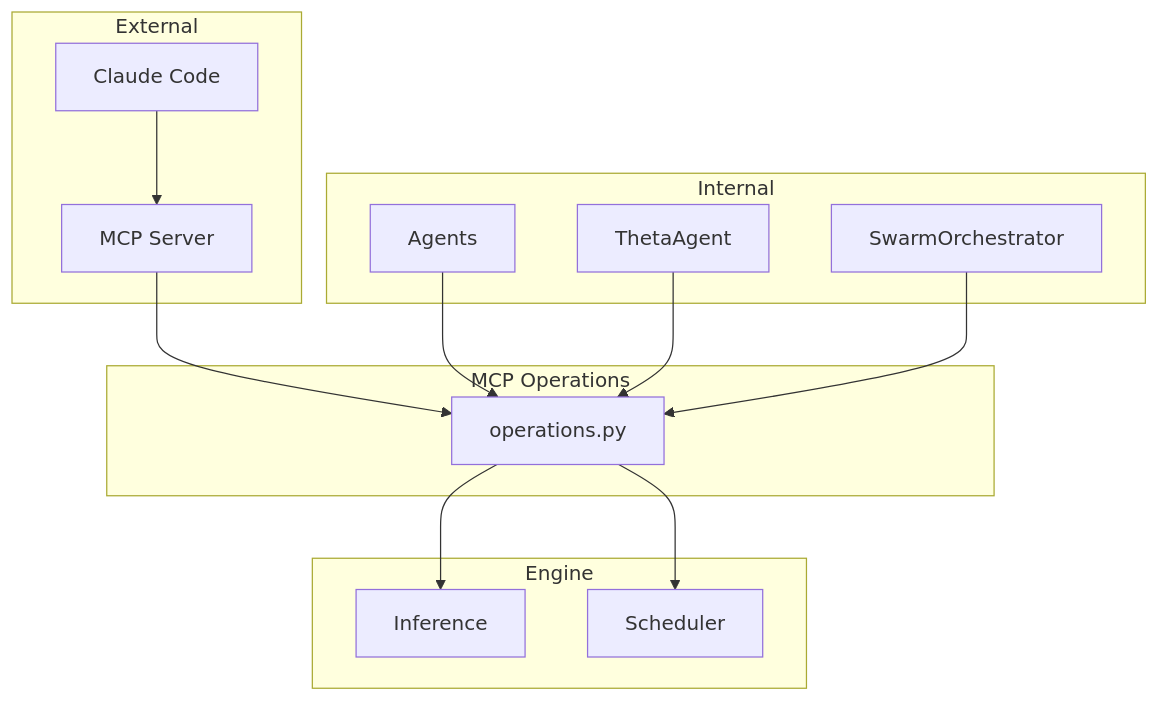
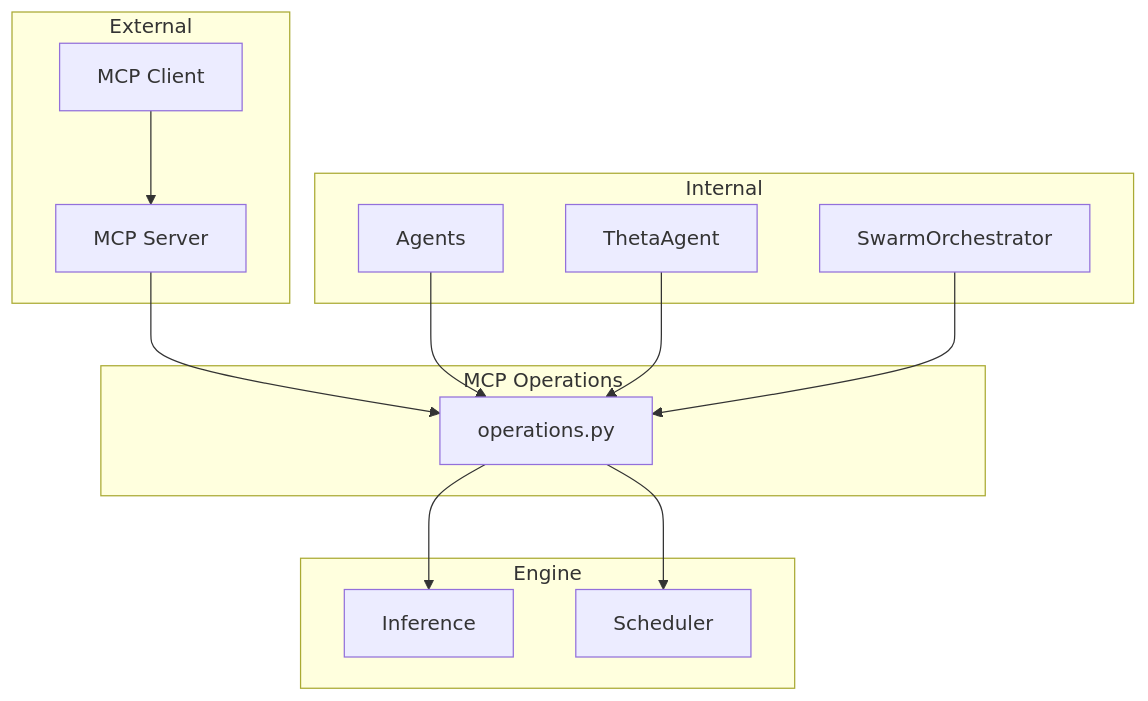
One commit to zndx/gaius changed the first of 2 diagrams in src/gaius/mcp/README.md. Above: the diagram before and after it, drawn with Mermaid. The commit also changed other lines of this file and 22 other files, not shown here.

First line of the commit message:
refactor(acp): replace Claude Code references with Mistral Vibe

````diff
--- a/src/gaius/mcp/README.md
+++ b/src/gaius/mcp/README.md
@@ -7,30 +7,30 @@
 ```mermaid
 graph TB
     subgraph "External"
-        CC[Claude Code]
+        CC[MCP Client]
         MCP_SRV[MCP Server]
     end
 
     subgraph "Internal"
         AGENTS[Agents]
         THETA[ThetaAgent]
         SWARM[SwarmOrchestrator]
     end
 
     subgraph "MCP Operations"
         OPS[operations.py]
     end
 
     subgraph "Engine"
         INF[Inference]
         SCHED[Scheduler]
     end
 
     CC --> MCP_SRV
     MCP_SRV --> OPS
     AGENTS --> OPS
     THETA --> OPS
     SWARM --> OPS
     OPS --> INF
     OPS --> SCHED
 ```
````
